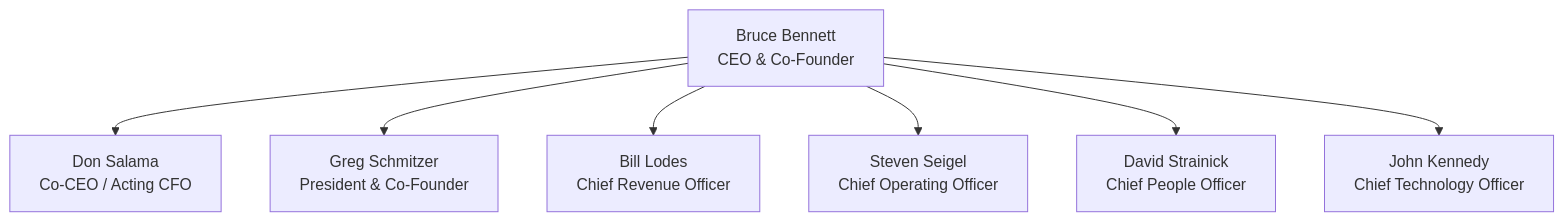
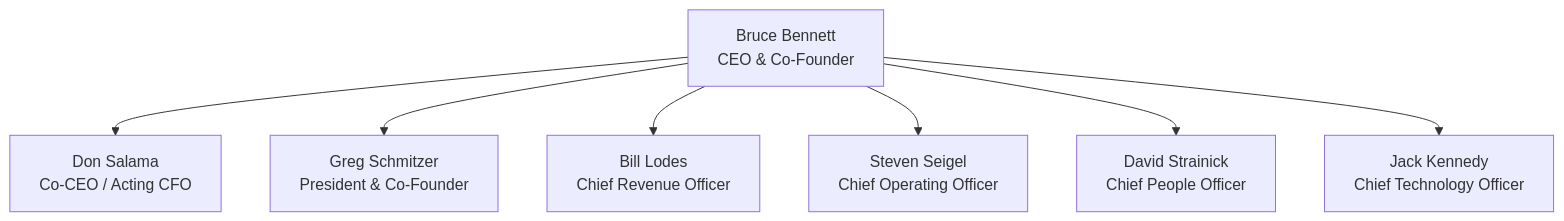
Before and after one commit to adamlaz/tl-mm: the first of 6 diagrams in archive/mad_mobile_org_chart_replacement.md, drawn with Mermaid. The commit also changed other lines of this file and 11 other files, not shown here.

````diff
--- a/archive/mad_mobile_org_chart_replacement.md
+++ b/archive/mad_mobile_org_chart_replacement.md
@@ -11,17 +11,17 @@
 ```mermaid
 flowchart TD
     BB["Bruce Bennett<br/>CEO & Co-Founder"]
     DS["Don Salama<br/>Co-CEO / Acting CFO"]
     GS["Greg Schmitzer<br/>President & Co-Founder"]
     BL["Bill Lodes<br/>Chief Revenue Officer"]
     SS["Steven Seigel<br/>Chief Operating Officer"]
     DST["David Strainick<br/>Chief People Officer"]
-    JK["John Kennedy<br/>Chief Technology Officer"]
+    JK["Jack Kennedy<br/>Chief Technology Officer"]
 
     BB --> DS
     BB --> GS
     BB --> BL
     BB --> SS
     BB --> DST
     BB --> JK
 ```
````
